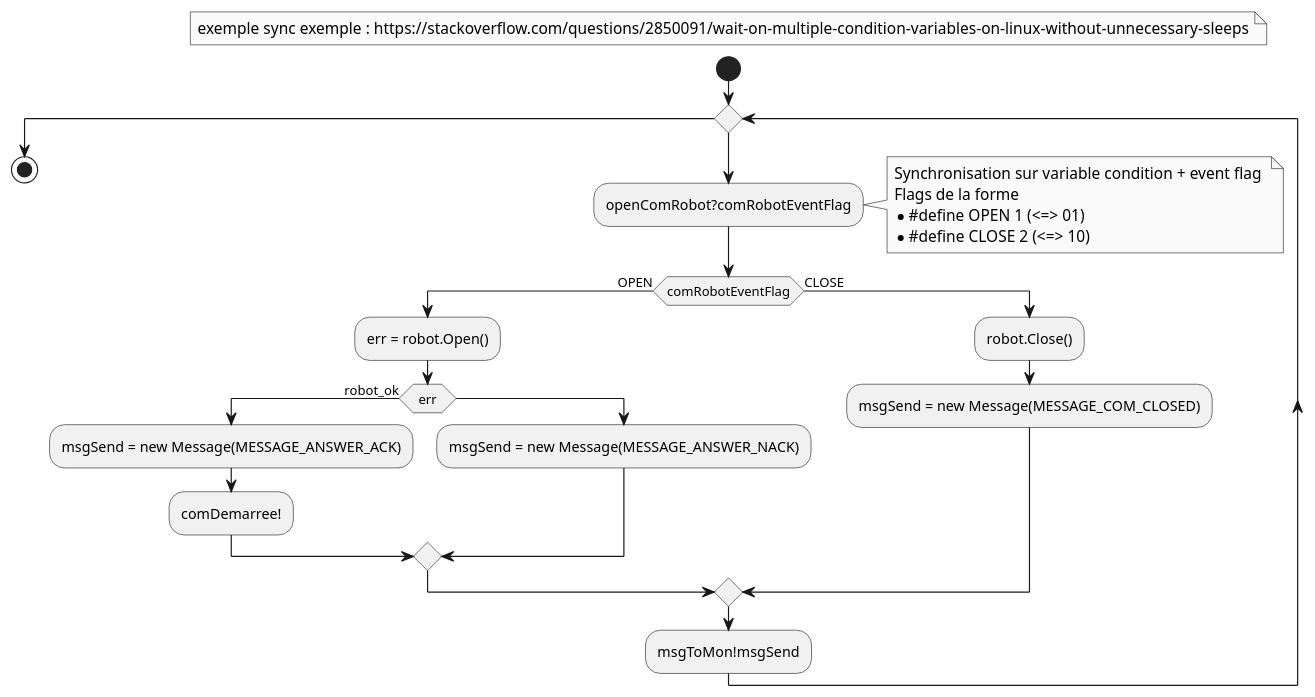
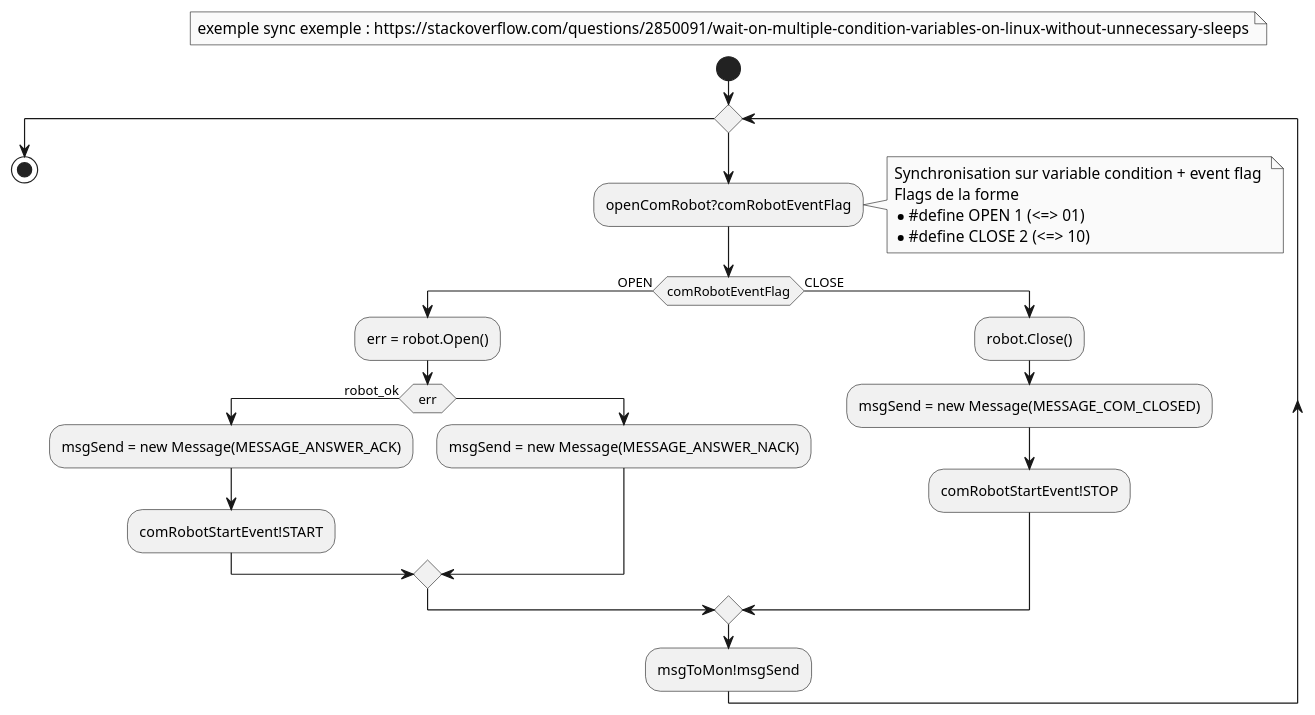
One commit to Bobillot/BE_Temps_Reel changed the diagram in diags/th_com_robot.puml. Above: the diagram before and after it, drawn with PlantUML. The commit also changed 1 other file, not shown here.

```diff
--- a/diags/th_com_robot.puml
+++ b/diags/th_com_robot.puml
@@ -1,31 +1,32 @@
 @startuml th_com_robot
 
 skinparam monochrome true
 floating note : exemple sync exemple : https://stackoverflow.com/questions/2850091/wait-on-multiple-condition-variables-on-linux-without-unnecessary-sleeps
 start
 
 while( )
     :openComRobot?comRobotEventFlag;
     note right
         Synchronisation sur variable condition + event flag 
         Flags de la forme 
         * #define OPEN 1 (<=> 01)
         * #define CLOSE 2 (<=> 10)
     end note
     if (comRobotEventFlag) then (OPEN)
     :err = robot.Open();
         if (err) then (robot_ok)
         :msgSend = new Message(MESSAGE_ANSWER_ACK);
-        :comDemarree!;
+        :comRobotStartEvent!START;
         else
             :msgSend = new Message(MESSAGE_ANSWER_NACK);
         endif
     else (CLOSE)
         :robot.Close();
         :msgSend = new Message(MESSAGE_COM_CLOSED);
+        :comRobotStartEvent!STOP;
         'Check message type
     endif
     :msgToMon!msgSend;
 endwhile
 stop
 @enduml
```
